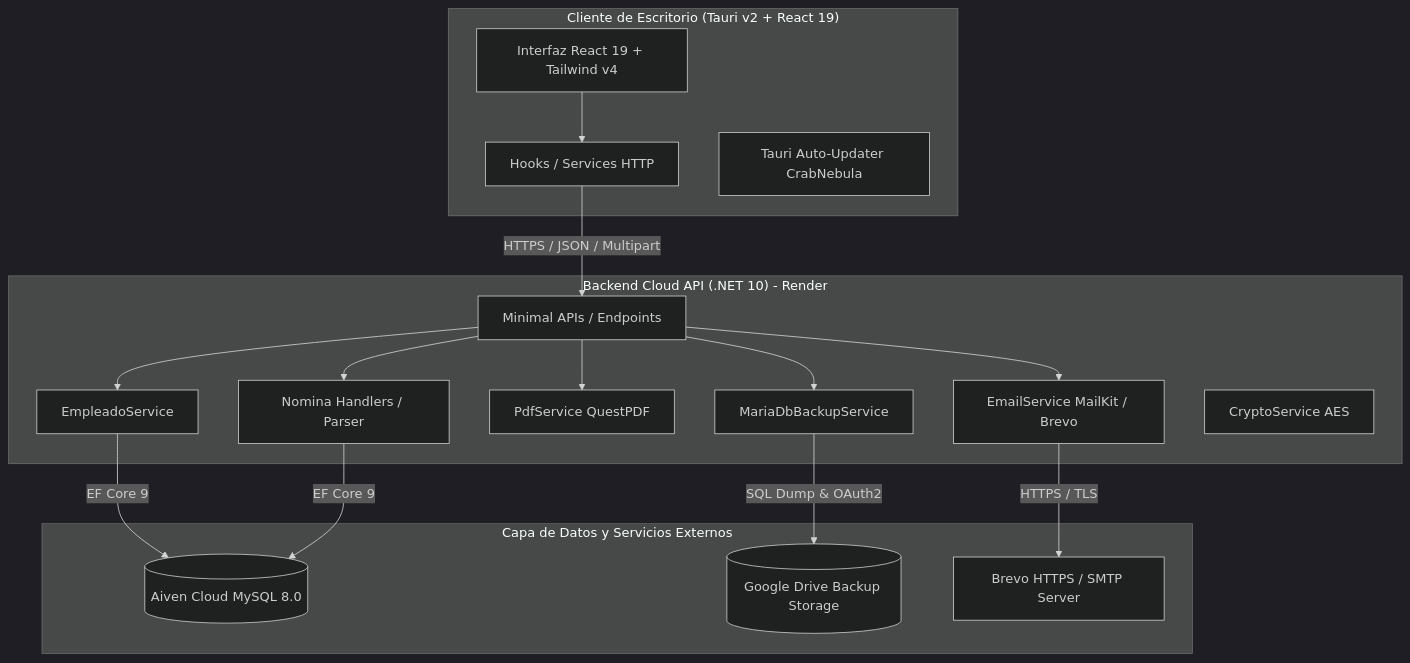
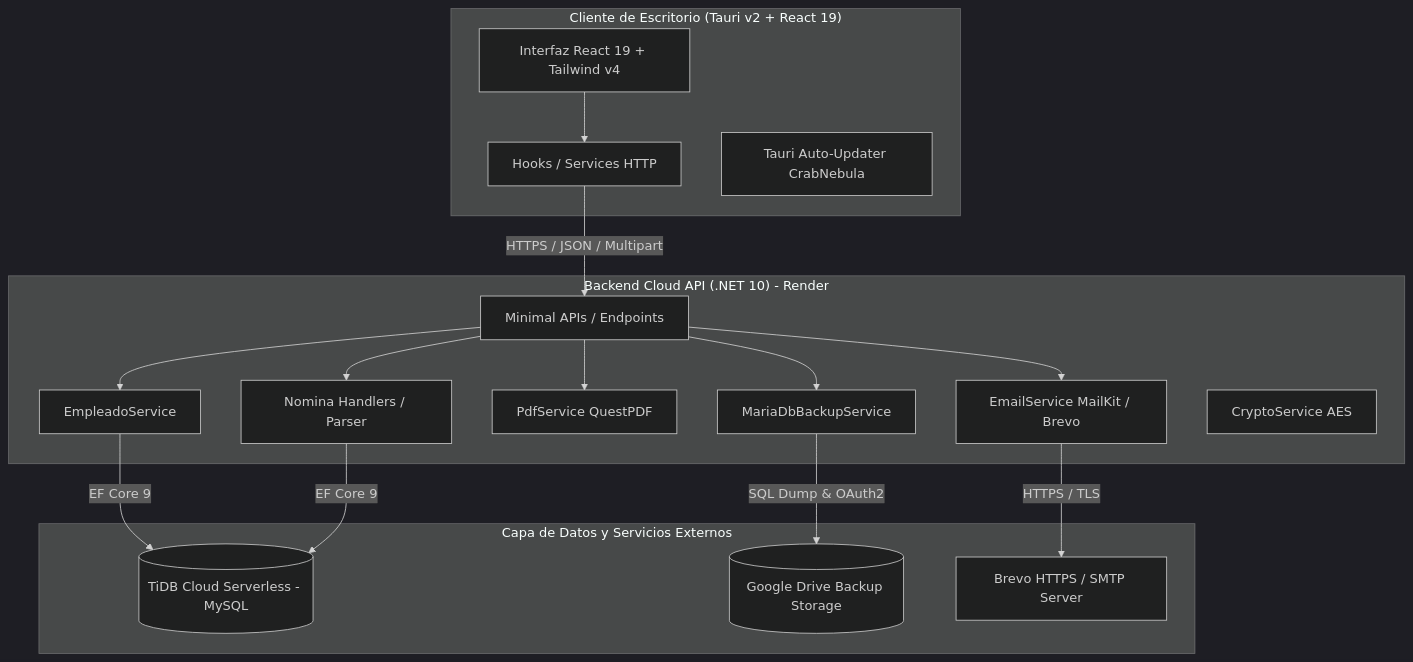
The diagram in README.md (Covi117it/SistemaNomina), drawn with Mermaid (dark theme) before and after one commit. The commit also changed other lines of this file and 7 other files, not shown here.

Commit message:
feat: generador nativo de respaldos SQL en C#, soporte TiDB Serverless y bump v0.2.8

````diff
--- a/README.md
+++ b/README.md
@@ -158,37 +159,37 @@
 ```mermaid
 graph TD
     subgraph Cliente ["Cliente de Escritorio (Tauri v2 + React 19)"]
         UI[Interfaz React 19 + Tailwind v4]
         Hooks[Hooks / Services HTTP]
         Updater[Tauri Auto-Updater CrabNebula]
         UI --> Hooks
     end
 
     subgraph BackendCloud ["Backend Cloud API (.NET 10) - Render"]
         API[Minimal APIs / Endpoints]
         EmpService[EmpleadoService]
         NomService[Nomina Handlers / Parser]
         PdfServ[PdfService QuestPDF]
         EmailServ[EmailService MailKit / Brevo]
         BackupServ[MariaDbBackupService]
         Crypto[CryptoService AES]
         
         API --> EmpService
         API --> NomService
         API --> PdfServ
         API --> EmailServ
         API --> BackupServ
     end
 
     subgraph Persistencia ["Capa de Datos y Servicios Externos"]
-        DB[(Aiven Cloud MySQL 8.0)]
+        DB[(TiDB Cloud Serverless - MySQL)]
         GDrive[(Google Drive Backup Storage)]
         BrevoAPI[Brevo HTTPS / SMTP Server]
     end
 
     Hooks -->|HTTPS / JSON / Multipart| API
     EmpService -->|EF Core 9| DB
     NomService -->|EF Core 9| DB
     BackupServ -->|SQL Dump & OAuth2| GDrive
     EmailServ -->|HTTPS / TLS| BrevoAPI
 ```
````
